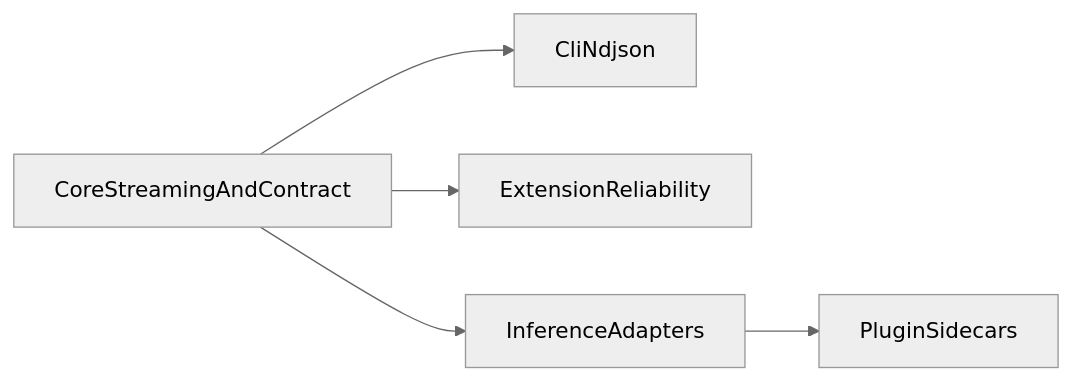
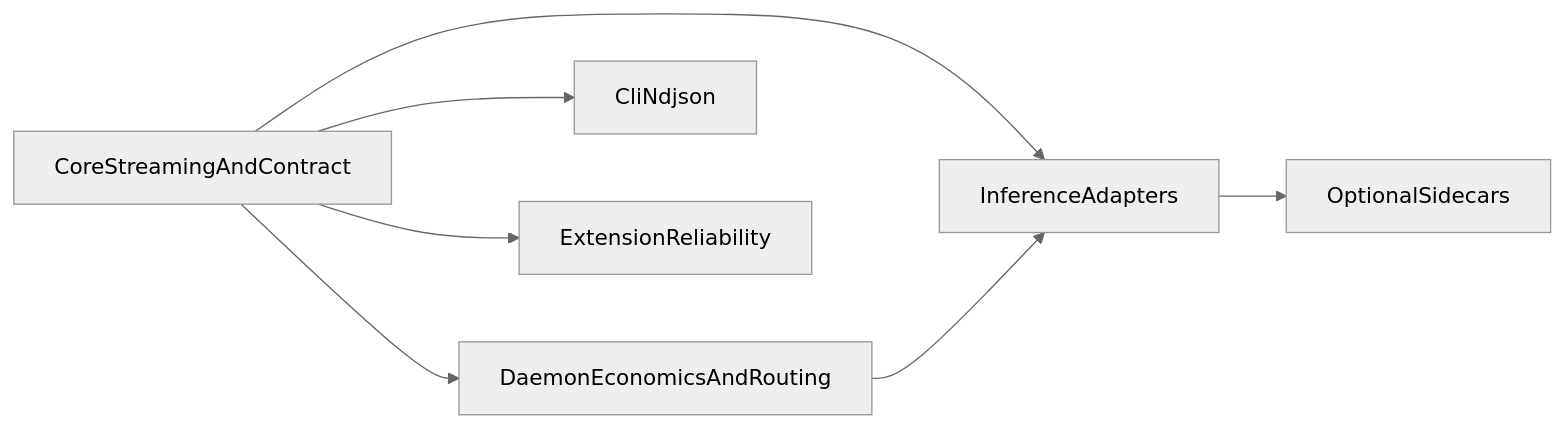
Before and after one commit to thsfranca/rex: the diagram in docs/ROADMAP.md, drawn with Mermaid (neutral theme). The commit also changed other lines of this file and 27 other files, not shown here.

````diff
--- a/docs/ROADMAP.md
+++ b/docs/ROADMAP.md
@@ -13,12 +13,15 @@
 ```mermaid
 flowchart LR
   core[CoreStreamingAndContract]
+  econ[DaemonEconomicsAndRouting]
   cli[CliNdjson]
   ext[ExtensionReliability]
   adapter[InferenceAdapters]
-  plugins[PluginSidecars]
+  sidecars[OptionalSidecars]
   core --> cli
+  core --> econ
   core --> ext
   core --> adapter
-  adapter --> plugins
+  econ --> adapter
+  adapter --> sidecars
 ```
````
